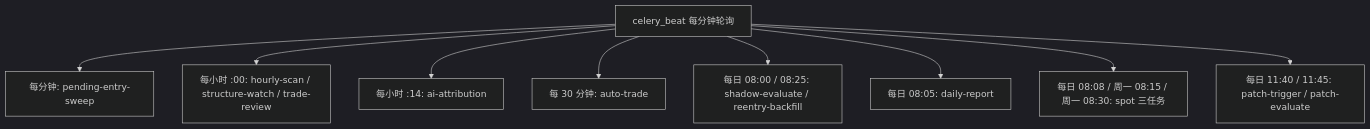
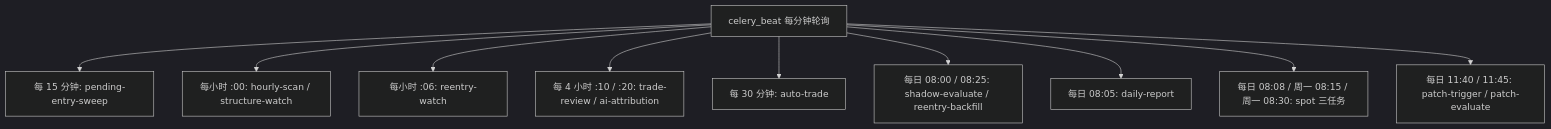
Before and after one commit to wwei-github/trading-workbench: the second of 4 diagrams in docs/基建与通知/09-基建与通知.md, drawn with Mermaid (dark theme). The commit also changed other lines of this file and 17 other files, not shown here.

````diff
--- a/docs/基建与通知/09-基建与通知.md
+++ b/docs/基建与通知/09-基建与通知.md
@@ -92,11 +92,12 @@
 ```mermaid
 flowchart TD
-    BEAT["celery_beat 每分钟轮询"] --> H0["每分钟: pending-entry-sweep"]
-    BEAT --> H1["每小时 :00: hourly-scan / structure-watch / trade-review"]
-    BEAT --> H2["每小时 :14: ai-attribution"]
-    BEAT --> H3["每 30 分钟: auto-trade"]
+    BEAT["celery_beat 每分钟轮询"] --> H0["每 15 分钟: pending-entry-sweep"]
+    BEAT --> H1["每小时 :00: hourly-scan / structure-watch"]
+    BEAT --> H2["每小时 :06: reentry-watch"]
+    BEAT --> H3["每 4 小时 :10 / :20: trade-review / ai-attribution"]
+    BEAT --> H3b["每 30 分钟: auto-trade"]
     BEAT --> H4["每日 08:00 / 08:25: shadow-evaluate / reentry-backfill"]
     BEAT --> H5["每日 08:05: daily-report"]
     BEAT --> H6["每日 08:08 / 周一 08:15 / 周一 08:30: spot 三任务"]
     BEAT --> H7["每日 11:40 / 11:45: patch-trigger / patch-evaluate"]
 ```
````
